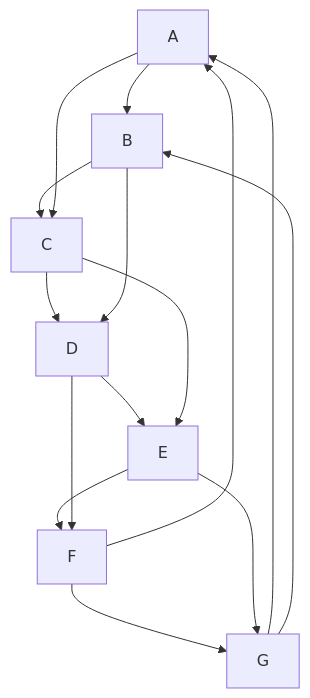
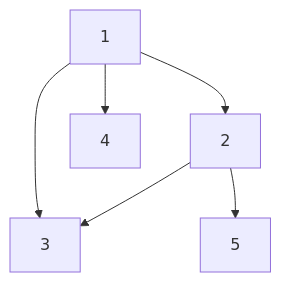
Before and after one commit to ledmer/CSC208: the second of 2 diagrams in 4.Graph_Theory/2.Trees/exercises.md, drawn with Mermaid. The commit also changed other lines of this file, not shown here.

````diff
--- a/4.Graph_Theory/2.Trees/exercises.md
+++ b/4.Graph_Theory/2.Trees/exercises.md
@@ -63,17 +71,8 @@
-```mermaid
-graph TD;
-    A-->B;
-    B-->C;
-    C-->D;
-    D-->E;
-    E-->F;
-    F-->G;
-    G-->A;
-    A-->C;
-    B-->D;
-    C-->E;
-    D-->F;
-    E-->G;
-    F-->A;
-    G-->B;
-```
+    ```mermaid
+    graph TD;
+        1 --> 2;
+        1 --> 3;
+        1 --> 4;
+        2 --> 3;
+        2 --> 5;
+    ```
````
